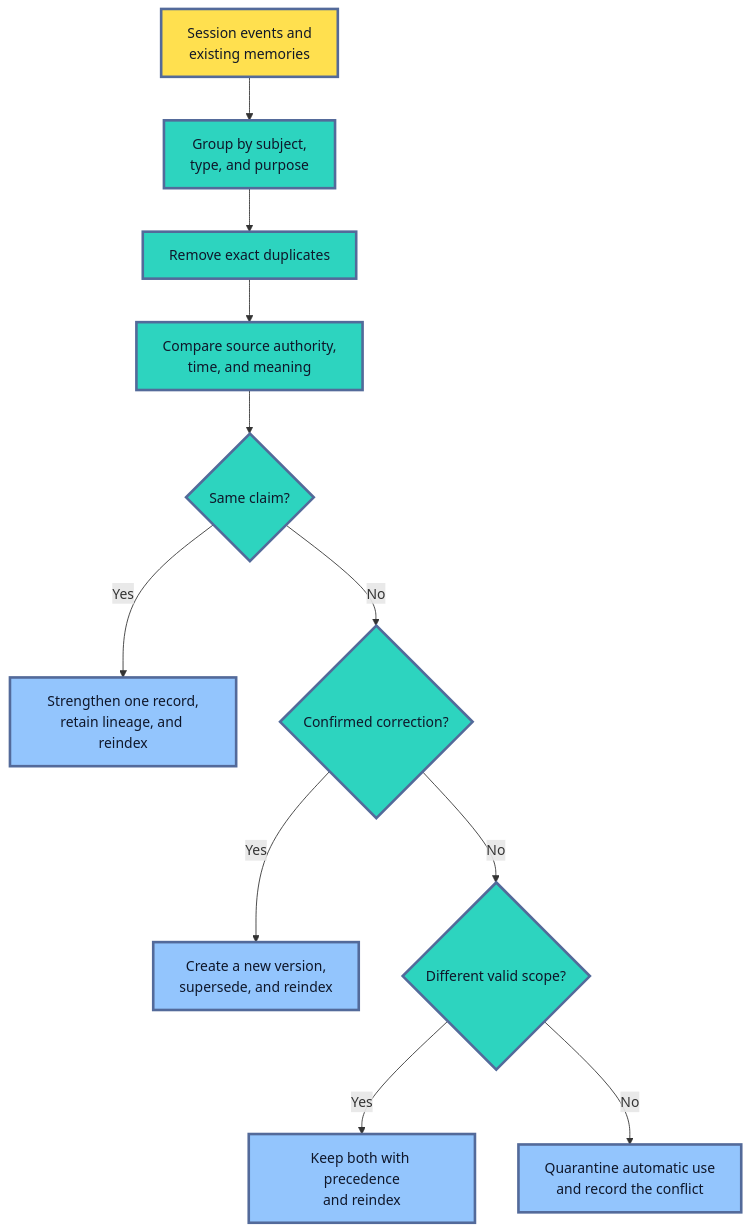
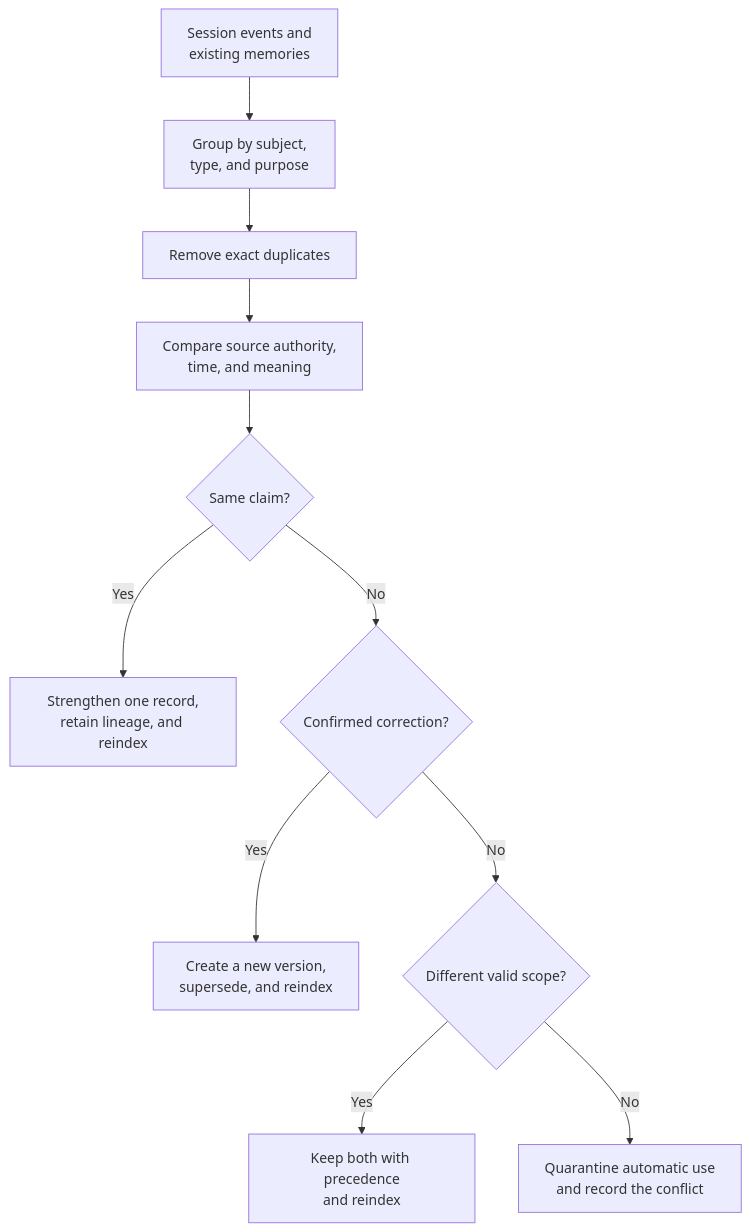
One commit to senlinyy/dev-roadmaps changed the sixth of 14 diagrams in roadmaps/mlops/modules/llmops/context-engineering/03-memory-and-state.md. Above: the diagram before and after it, drawn with Mermaid. The commit also changed other lines of this file and 152 other files, not shown here.

Commit message:
feat: mlops and diagrams updated

````diff
--- a/roadmaps/mlops/modules/llmops/context-engineering/03-memory-and-state.md
+++ b/roadmaps/mlops/modules/llmops/context-engineering/03-memory-and-state.md
@@ -408,20 +390,17 @@
 ```mermaid
 flowchart TD
     A["Session events and<br/>existing memories"] --> B["Group by subject,<br/>type, and purpose"]
     B --> C["Remove exact duplicates"]
     C --> D["Compare source authority,<br/>time, and meaning"]
     D --> E{"Same claim?"}
     E -->|"Yes"| F["Strengthen one record,<br/>retain lineage, and reindex"]
     E -->|"No"| K{"Confirmed correction?"}
     K -->|"Yes"| G["Create a new version,<br/>supersede, and reindex"]
     K -->|"No"| L{"Different valid scope?"}
     L -->|"Yes"| M["Keep both with precedence<br/>and reindex"]
     L -->|"No"| H["Quarantine automatic use<br/>and record the conflict"]
 
-    classDef input fill:#FFE04F,stroke:#536A9A,stroke-width:3px,color:#111827
-    classDef process fill:#2DD4BF,stroke:#536A9A,stroke-width:3px,color:#0F172A
-    classDef decision fill:#93C5FD,stroke:#536A9A,stroke-width:3px,color:#0F172A
     class A input
     class B,C,D,E,K,L process
     class F,G,H,M decision
 ```
````
